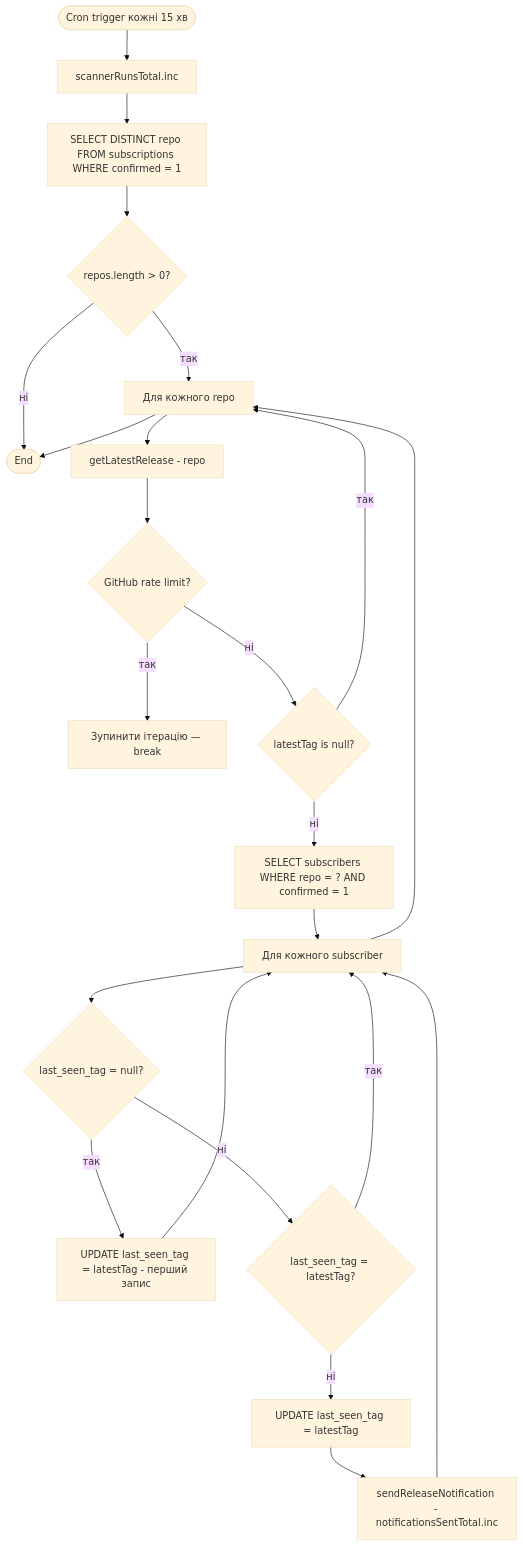
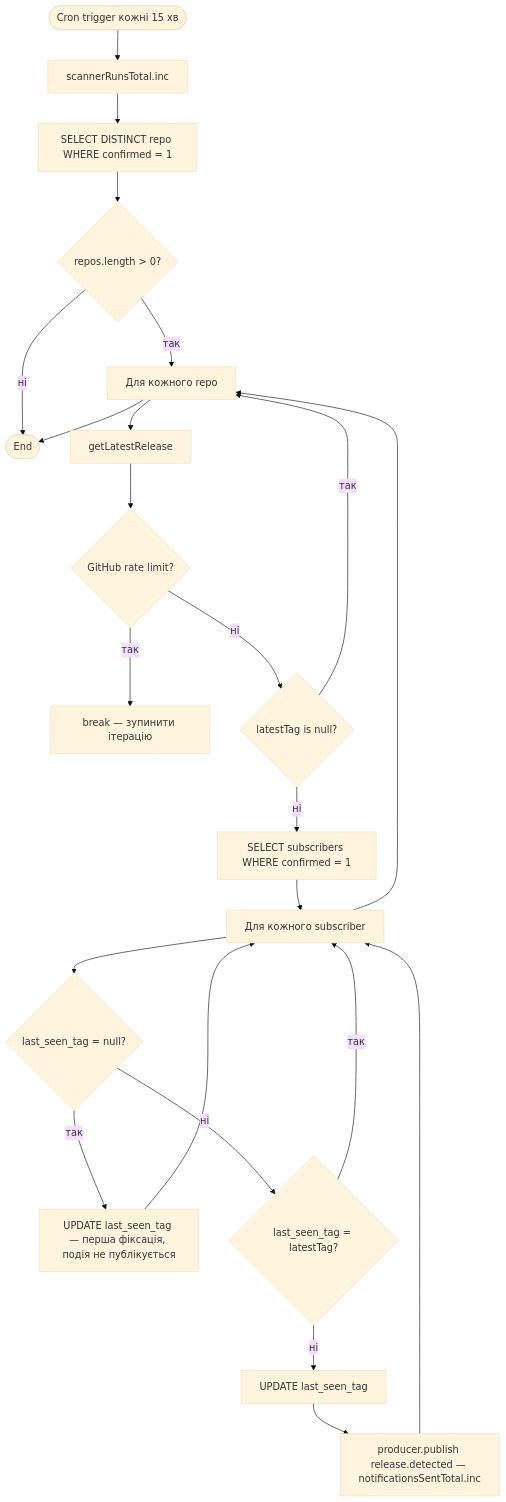
The fifth of 10 diagrams in docs/SYSTEM_DESIGN.md (GenesisEducationKyiv/software-engineering-school-6-0-Official-Echo), drawn with Mermaid (base theme) before and after one commit. The commit also changed other lines of this file, not shown here.

````diff
--- a/docs/SYSTEM_DESIGN.md
+++ b/docs/SYSTEM_DESIGN.md
@@ -313,25 +194,25 @@
 ```mermaid
 flowchart TD
     A([Cron trigger кожні 15 хв]) --> B[scannerRunsTotal.inc]
-    B --> C[SELECT DISTINCT repo FROM subscriptions WHERE confirmed = 1]
+    B --> C[SELECT DISTINCT repo WHERE confirmed = 1]
     C --> D{repos.length > 0?}
     D -- ні --> Z([End])
     D -- так --> E[Для кожного repo]
-    E --> F[getLatestRelease - repo]
+    E --> F[getLatestRelease]
     F --> G{GitHub rate limit?}
-    G -- так --> H[Зупинити ітерацію — break]
+    G -- так --> H[break — зупинити ітерацію]
     G -- ні --> I{latestTag is null?}
     I -- так --> E
-    I -- ні --> J[SELECT subscribers WHERE repo = ? AND confirmed = 1]
+    I -- ні --> J[SELECT subscribers WHERE confirmed = 1]
     J --> K[Для кожного subscriber]
     K --> L{last_seen_tag = null?}
-    L -- так --> M[UPDATE last_seen_tag = latestTag - перший запис]
+    L -- так --> M[UPDATE last_seen_tag — перша фіксація, подія не публікується]
     M --> K
     L -- ні --> N{last_seen_tag = latestTag?}
     N -- так --> K
-    N -- ні --> O[UPDATE last_seen_tag = latestTag]
-    O --> P[sendReleaseNotification - notificationsSentTotal.inc]
+    N -- ні --> O[UPDATE last_seen_tag]
+    O --> P[producer.publish release.detected — notificationsSentTotal.inc]
     P --> K
     K --> E
     E --> Z
 ```
````
